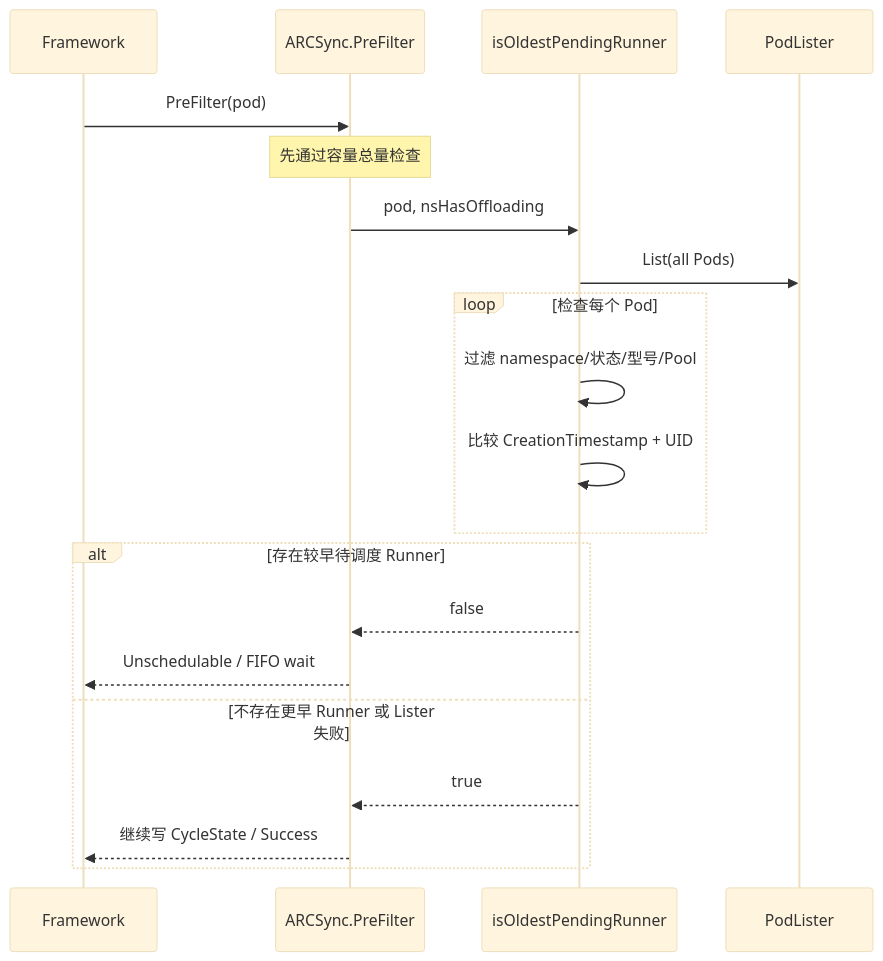
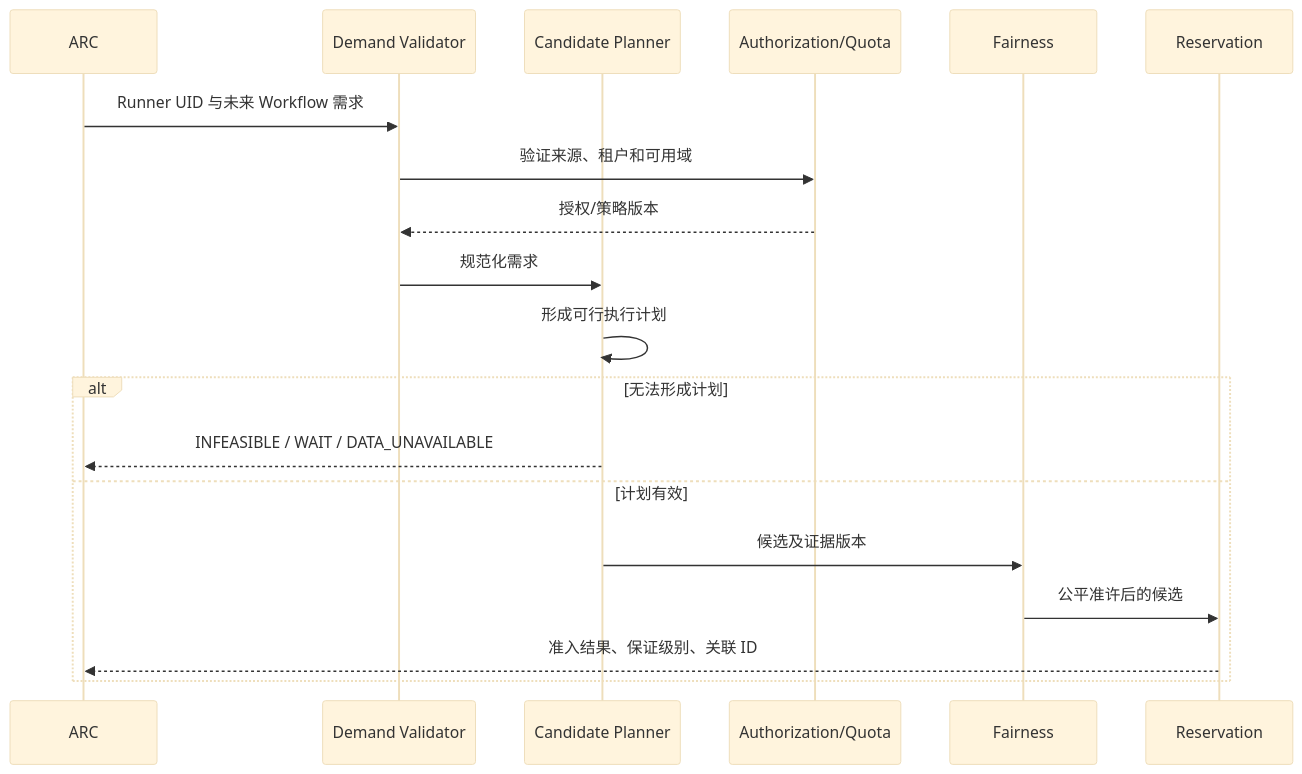
Before and after one commit to ascend-gha-runners/scheduler-plugins: the third of 3 diagrams in docs/system-design.md, drawn with Mermaid (base theme). The commit also changed other lines of this file, not shown here.

````diff
--- a/docs/system-design.md
+++ b/docs/system-design.md
@@ -1397,22 +334,21 @@
-```mermaid
+~~~mermaid
 sequenceDiagram
-  participant FW as Framework
-  participant PF as ARCSync.PreFilter
-  participant FIFO as isOldestPendingRunner
-  participant L as PodLister
-  FW->>PF: PreFilter(pod)
-  Note over PF: 先通过容量总量检查
-  PF->>FIFO: pod, nsHasOffloading
-  FIFO->>L: List(all Pods)
-  loop 检查每个 Pod
-    FIFO->>FIFO: 过滤 namespace/状态/型号/Pool
-    FIFO->>FIFO: 比较 CreationTimestamp + UID
+  participant A as ARC
+  participant D as Demand Validator
+  participant C as Candidate Planner
+  participant Q as Authorization/Quota
+  participant F as Fairness
+  participant R as Reservation
+  A->>D: Runner UID 与未来 Workflow 需求
+  D->>Q: 验证来源、租户和可用域
+  Q-->>D: 授权/策略版本
+  D->>C: 规范化需求
+  C->>C: 形成可行执行计划
+  alt 无法形成计划
+    C-->>A: INFEASIBLE / WAIT / DATA_UNAVAILABLE
+  else 计划有效
+    C->>F: 候选及证据版本
+    F->>R: 公平准许后的候选
+    R-->>A: 准入结果、保证级别、关联 ID
   end
-  alt 存在较早待调度 Runner
-    FIFO-->>PF: false
-    PF-->>FW: Unschedulable / FIFO wait
-  else 不存在更早 Runner 或 Lister 失败
-    FIFO-->>PF: true
-    PF-->>FW: 继续写 CycleState / Success
-  end
-```
+~~~
````
